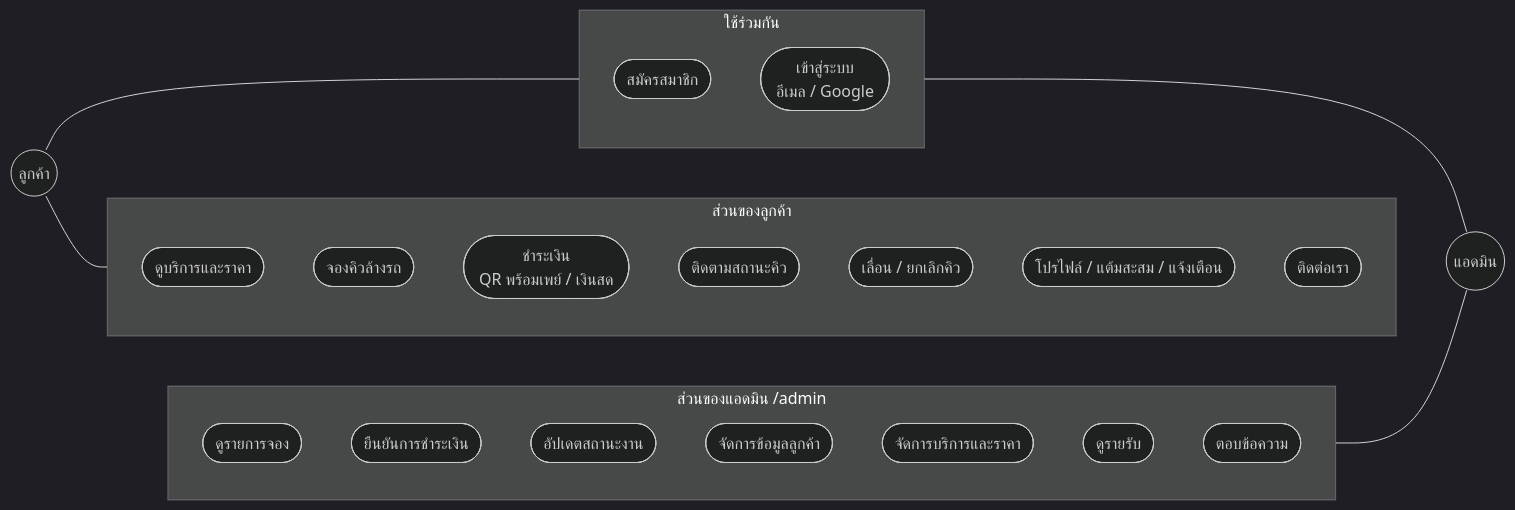
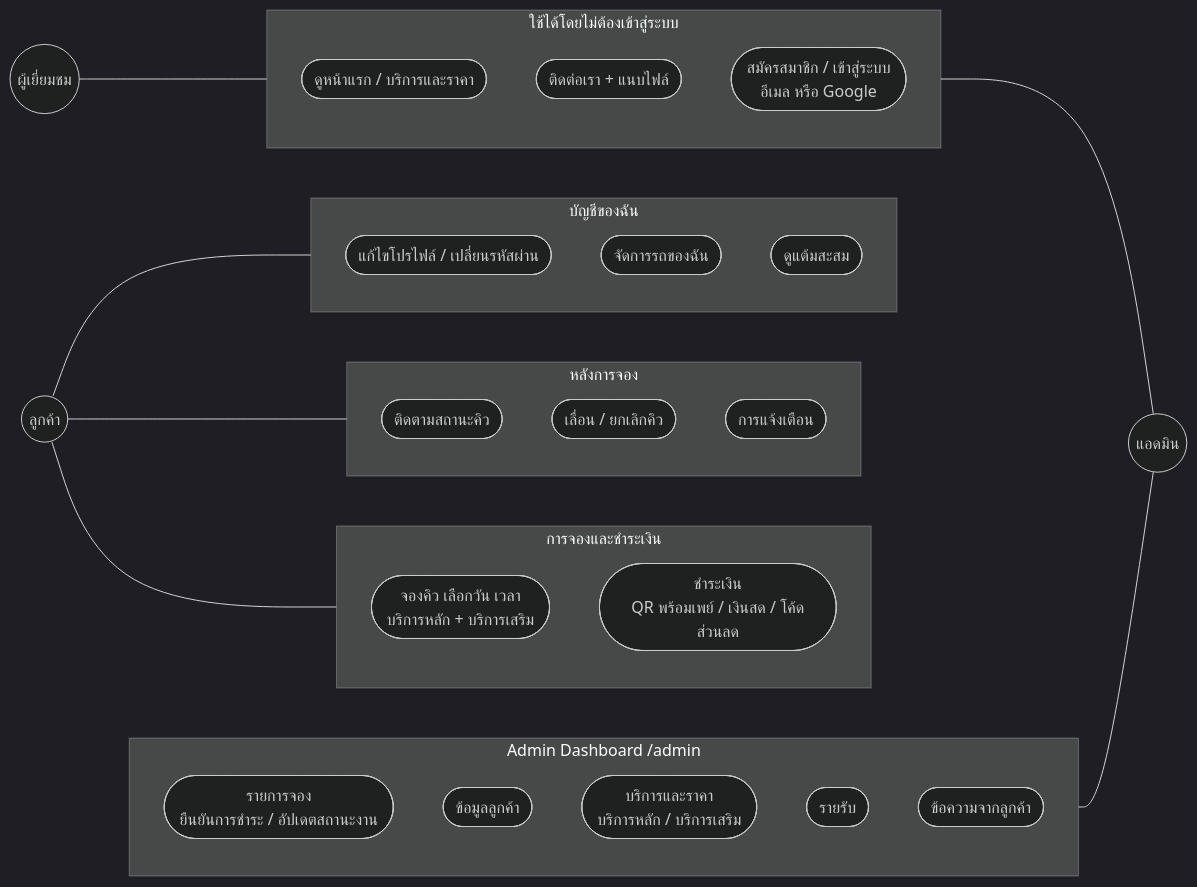
The fourth of 11 diagrams in README.md (Patipan26/Group22-CarWash-Queue), drawn with Mermaid (dark theme) before and after one commit. The commit also changed other lines of this file, not shown here.

````diff
--- a/README.md
+++ b/README.md
@@ -679,38 +680,49 @@
 ```mermaid
 flowchart LR
+    G(("ผู้เยี่ยมชม"))
     C(("ลูกค้า"))
     A(("แอดมิน"))
 
-    subgraph SHARE["ใช้ร่วมกัน"]
+    subgraph PUB["ใช้ได้โดยไม่ต้องเข้าสู่ระบบ"]
         direction TB
-        S1(["สมัครสมาชิก"])
-        S2(["เข้าสู่ระบบ<br/>อีเมล / Google"])
+        P1(["ดูหน้าแรก / บริการและราคา"])
+        P2(["ติดต่อเรา + แนบไฟล์"])
+        P3(["สมัครสมาชิก / เข้าสู่ระบบ<br/>อีเมล หรือ Google"])
     end
 
-    subgraph CUS["ส่วนของลูกค้า"]
+    subgraph BOOK["การจองและชำระเงิน"]
         direction TB
-        C1(["ดูบริการและราคา"])
-        C2(["จองคิวล้างรถ"])
-        C3(["ชำระเงิน<br/>QR พร้อมเพย์ / เงินสด"])
-        C4(["ติดตามสถานะคิว"])
-        C5(["เลื่อน / ยกเลิกคิว"])
-        C6(["โปรไฟล์ / แต้มสะสม / แจ้งเตือน"])
-        C7(["ติดต่อเรา"])
+        B1(["จองคิว เลือกวัน เวลา<br/>บริการหลัก + บริการเสริม"])
+        B2(["ชำระเงิน<br/>QR พร้อมเพย์ / เงินสด / โค้ดส่วนลด"])
     end
 
-    subgraph ADM["ส่วนของแอดมิน /admin"]
+    subgraph AFTER["หลังการจอง"]
         direction TB
-        A1(["ดูรายการจอง"])
-        A2(["ยืนยันการชำระเงิน"])
-        A3(["อัปเดตสถานะงาน"])
-        A4(["จัดการข้อมูลลูกค้า"])
-        A5(["จัดการบริการและราคา"])
-        A6(["ดูรายรับ"])
-        A7(["ตอบข้อความ"])
+        F1(["ติดตามสถานะคิว"])
+        F2(["เลื่อน / ยกเลิกคิว"])
+        F3(["การแจ้งเตือน"])
     end
 
-    C --- SHARE
-    C --- CUS
-    SHARE --- A
+    subgraph ACC["บัญชีของฉัน"]
+        direction TB
+        M1(["แก้ไขโปรไฟล์ / เปลี่ยนรหัสผ่าน"])
+        M2(["จัดการรถของฉัน"])
+        M3(["ดูแต้มสะสม"])
+    end
+
+    subgraph ADM["Admin Dashboard /admin"]
+        direction TB
+        D1(["รายการจอง<br/>ยืนยันการชำระ / อัปเดตสถานะงาน"])
+        D2(["ข้อมูลลูกค้า"])
+        D3(["บริการและราคา<br/>บริการหลัก / บริการเสริม"])
+        D4(["รายรับ"])
+        D5(["ข้อความจากลูกค้า"])
+    end
+
+    G --- PUB
+    C --- BOOK
+    C --- AFTER
+    C --- ACC
+    PUB --- A
     ADM --- A
 ```
````
